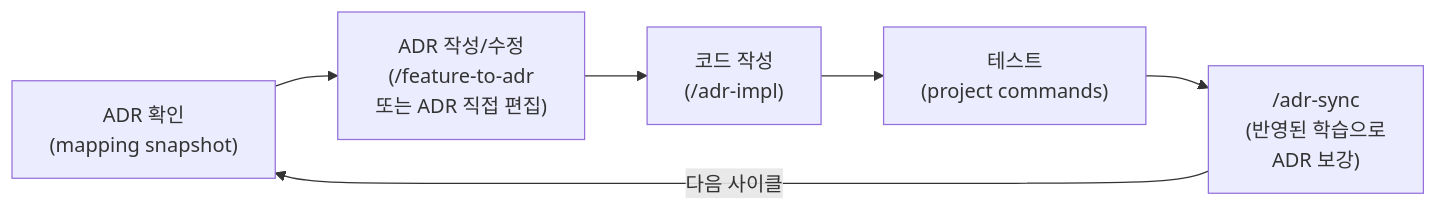
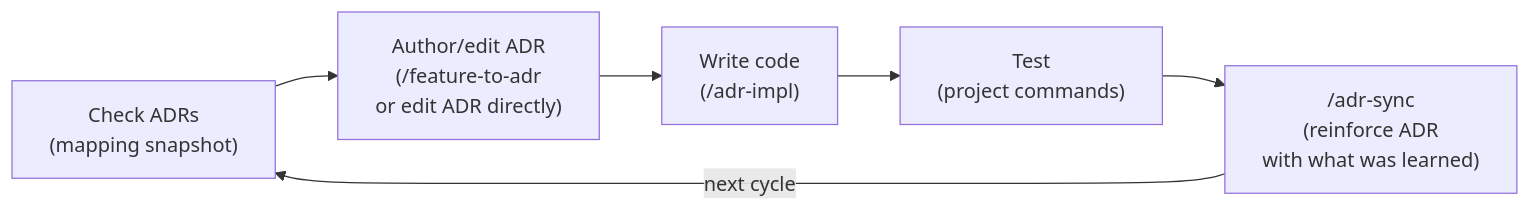
Before and after one commit to haandol/alps-writer-mcp: the diagram in README.md, drawn with Mermaid. The commit also changed other lines of this file and 5 other files, not shown here.

````diff
--- a/README.md
+++ b/README.md
@@ -31,8 +55,8 @@
 ```mermaid
 flowchart LR
-    A["ADR 확인<br/>(mapping snapshot)"] --> B["ADR 작성/수정<br/>(/feature-to-adr<br/>또는 ADR 직접 편집)"]
-    B --> C["코드 작성<br/>(/adr-impl)"]
-    C --> D["테스트<br/>(project commands)"]
-    D --> E["/adr-sync<br/>(반영된 학습으로<br/>ADR 보강)"]
-    E -->|다음 사이클| A
+    A["Check ADRs<br/>(mapping snapshot)"] --> B["Author/edit ADR<br/>(/feature-to-adr<br/>or edit ADR directly)"]
+    B --> C["Write code<br/>(/adr-impl)"]
+    C --> D["Test<br/>(project commands)"]
+    D --> E["/adr-sync<br/>(reinforce ADR<br/>with what was learned)"]
+    E -->|next cycle| A
 ```
````
